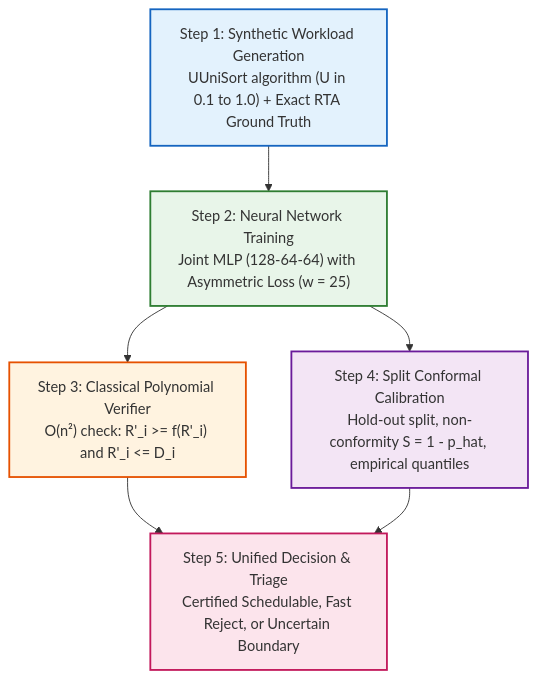
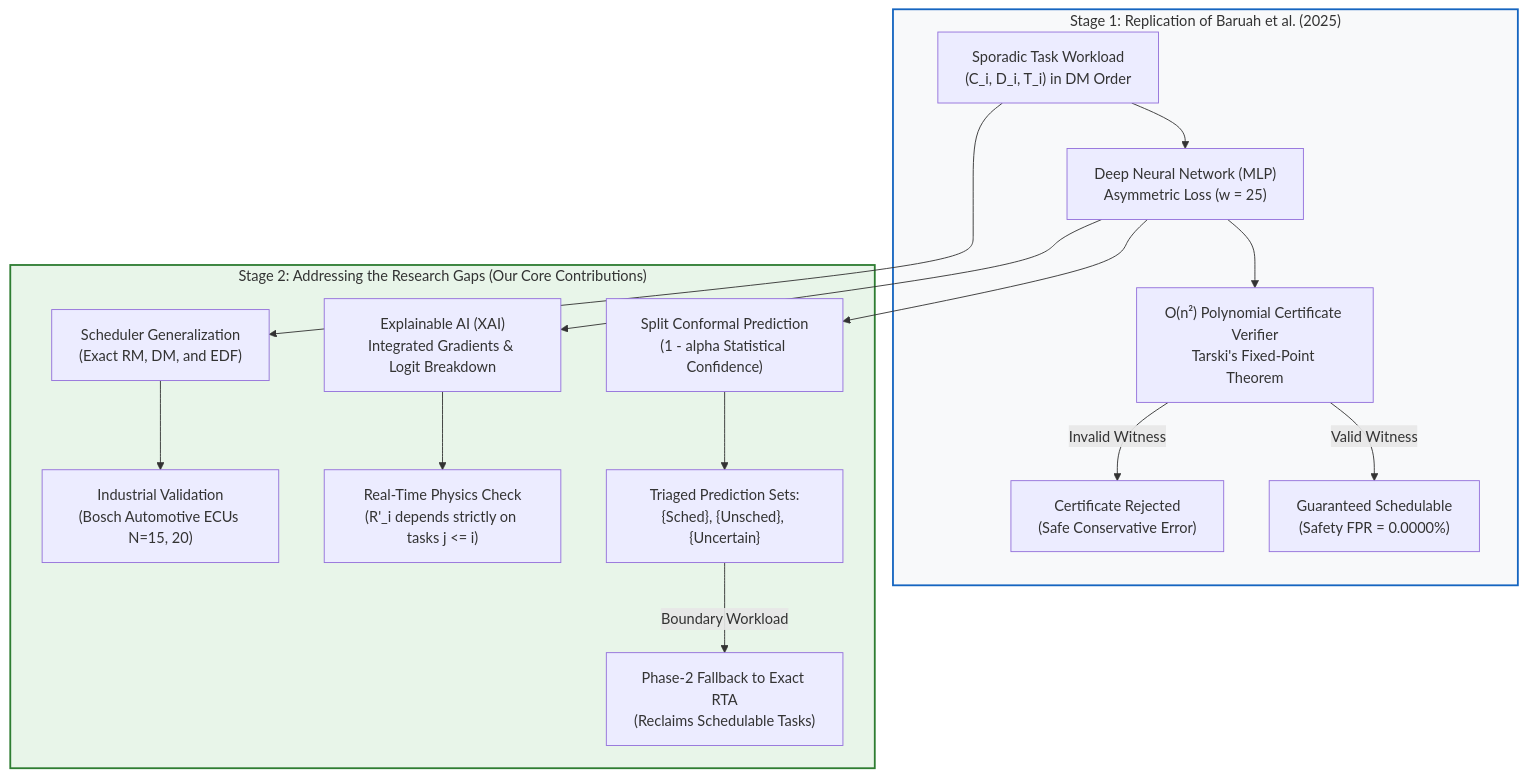
Before and after one commit to RK0297/rts-conformal-schedulability: the first of 2 diagrams in README.md, drawn with Mermaid. The commit also changed other lines of this file, not shown here.

Commit message:
docs(readme): author comprehensive Stage 1 replication and Stage 2 research contributions

````diff
--- a/README.md
+++ b/README.md
@@ -95,13 +15,24 @@
 ```mermaid
 flowchart TD
-    Step1["Step 1: Synthetic Workload Generation<br>UUniSort algorithm (U in 0.1 to 1.0) + Exact RTA Ground Truth"] --> Step2["Step 2: Neural Network Training<br>Joint MLP (128-64-64) with Asymmetric Loss (w = 25)"]
-    Step2 --> Step3["Step 3: Classical Polynomial Verifier<br>O(n²) check: R'_i >= f(R'_i) and R'_i <= D_i"]
-    Step2 --> Step4["Step 4: Split Conformal Calibration<br>Hold-out split, non-conformity S = 1 - p_hat, empirical quantiles"]
-    Step3 & Step4 --> Step5["Step 5: Unified Decision & Triage<br>Certified Schedulable, Fast Reject, or Uncertain Boundary"]
+    subgraph S1["Stage 1: Replication of Baruah et al. (2025)"]
+        A["Sporadic Task Workload<br>(C_i, D_i, T_i) in DM Order"] --> B["Deep Neural Network (MLP)<br>Asymmetric Loss (w = 25)"]
+        B --> C["O(n²) Polynomial Certificate Verifier<br>Tarski's Fixed-Point Theorem"]
+        C -->|"Valid Witness"| D["Guaranteed Schedulable<br>(Safety FPR = 0.0000%)"]
+        C -->|"Invalid Witness"| E["Certificate Rejected<br>(Safe Conservative Error)"]
+    end
 
-    style Step1 fill:#e3f2fd,stroke:#1565c0,stroke-width:2px
-    style Step2 fill:#e8f5e9,stroke:#2e7d32,stroke-width:2px
-    style Step3 fill:#fff3e0,stroke:#e65100,stroke-width:2px
-    style Step4 fill:#f3e5f5,stroke:#6a1b9a,stroke-width:2px
-    style Step5 fill:#fce4ec,stroke:#c2185b,stroke-width:2px
+    subgraph S2["Stage 2: Addressing the Research Gaps (Our Core Contributions)"]
+        B --> F["Split Conformal Prediction<br>(1 - alpha Statistical Confidence)"]
+        F --> G["Triaged Prediction Sets:<br>{Sched}, {Unsched}, {Uncertain}"]
+        G -->|"Boundary Workload"| H["Phase-2 Fallback to Exact RTA<br>(Reclaims Schedulable Tasks)"]
+        
+        B --> I["Explainable AI (XAI)<br>Integrated Gradients & Logit Breakdown"]
+        I --> J["Real-Time Physics Check<br>(R'_i depends strictly on tasks j <= i)"]
+        
+        A --> K["Scheduler Generalization<br>(Exact RM, DM, and EDF)"]
+        K --> L["Industrial Validation<br>(Bosch Automotive ECUs N=15, 20)"]
+    end
+
+    style S1 fill:#f8f9fa,stroke:#1565c0,stroke-width:2px
+    style S2 fill:#e8f5e9,stroke:#2e7d32,stroke-width:2px
 ```
````
